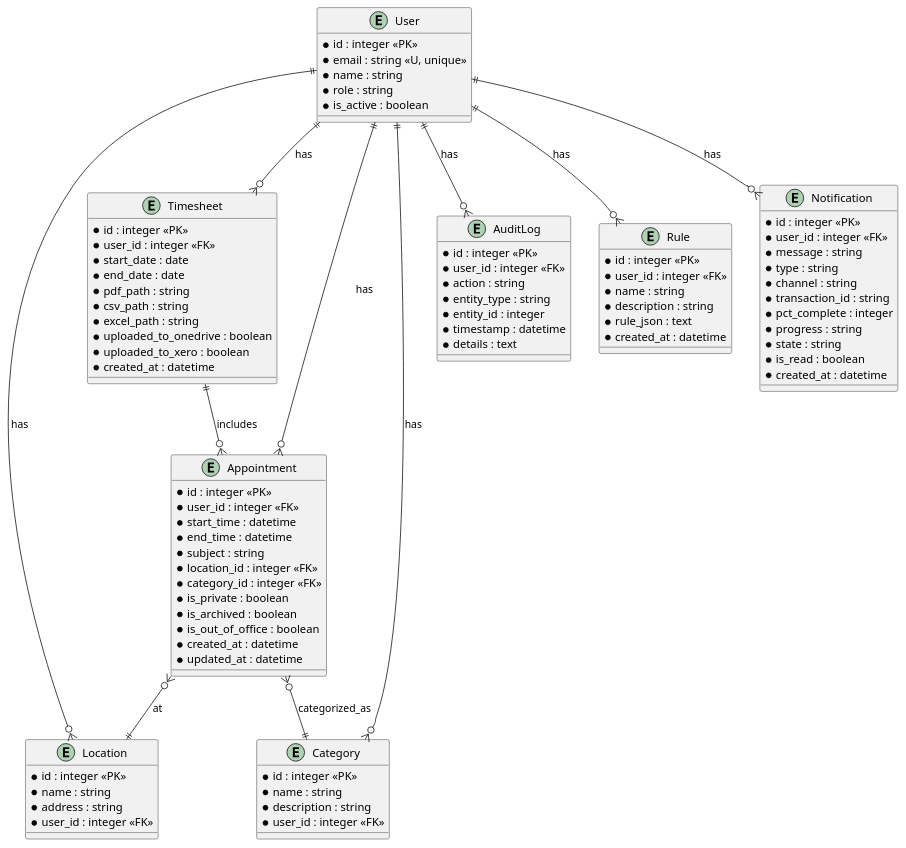
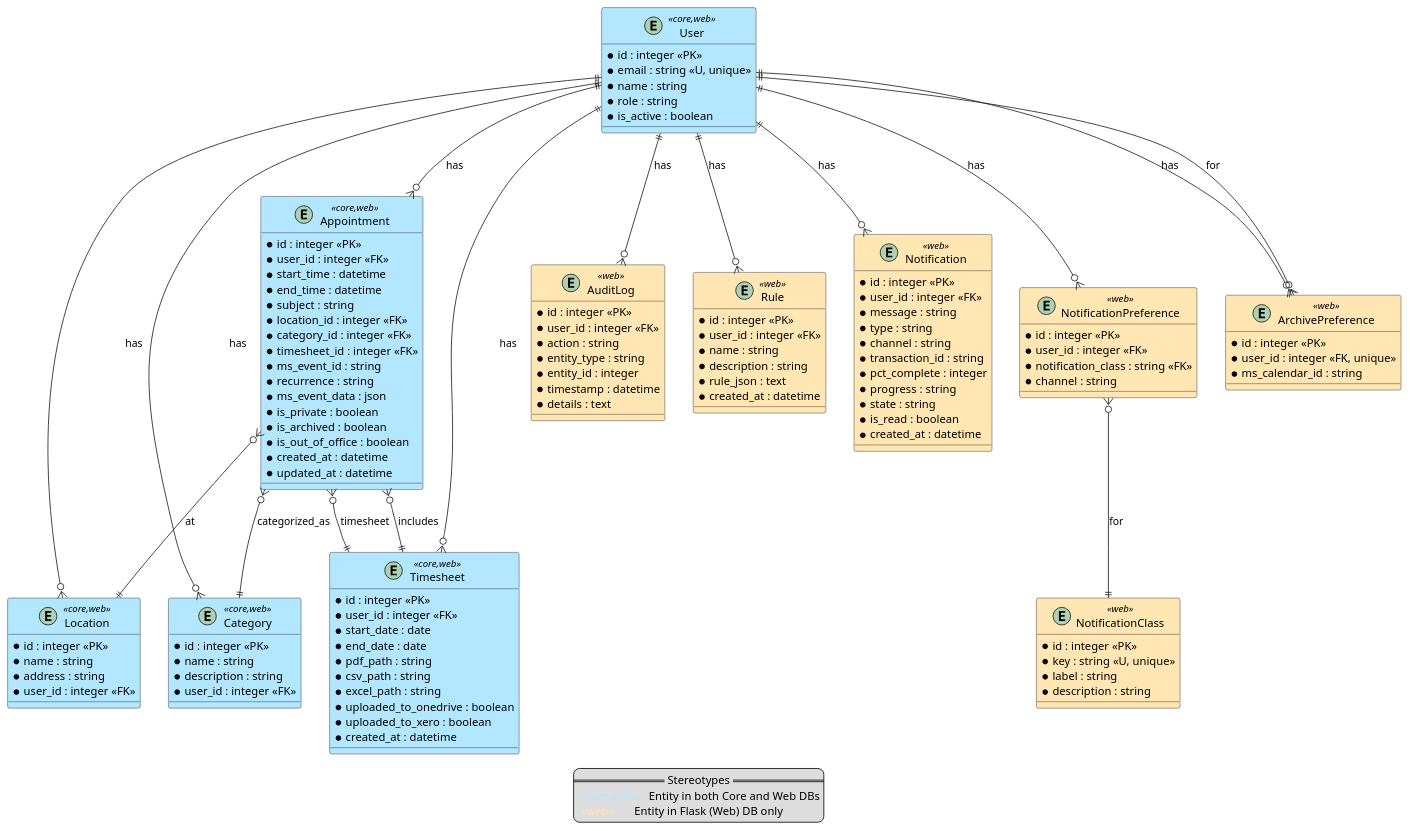
Before and after one commit to Auriora/admin-assistant: the diagram in docs/2-design/data-model.puml, drawn with PlantUML. The commit also changed 5 other files, not shown here.

```diff
--- a/docs/2-design/data-model.puml
+++ b/docs/2-design/data-model.puml
@@ -1,99 +1,137 @@
 @startuml DataModel
-entity User {
+' Stereotypes: <<core,web>> = both DBs, <<web>> = Flask DB only
+' Color: #B3E6FF for <<core,web>>, #FFE6B3 for <<web>>
+
+entity User <<core,web>> #B3E6FF {
     * id : integer <<PK>>
     * email : string <<U, unique>>
     * name : string
     * role : string
     * is_active : boolean
 }
 
-entity Appointment {
+entity Appointment <<core,web>> #B3E6FF {
     * id : integer <<PK>>
     * user_id : integer <<FK>>
     * start_time : datetime
     * end_time : datetime
     * subject : string
     * location_id : integer <<FK>>
     * category_id : integer <<FK>>
+    * timesheet_id : integer <<FK>>
+    * ms_event_id : string
+    * recurrence : string
+    * ms_event_data : json
     * is_private : boolean
     * is_archived : boolean
     * is_out_of_office : boolean
     * created_at : datetime
     * updated_at : datetime
 }
 
-entity Location {
+entity Location <<core,web>> #B3E6FF {
     * id : integer <<PK>>
     * name : string
     * address : string
     * user_id : integer <<FK>>
 }
 
-entity Category {
+entity Category <<core,web>> #B3E6FF {
     * id : integer <<PK>>
     * name : string
     * description : string
     * user_id : integer <<FK>>
 }
 
-entity Timesheet {
+entity Timesheet <<core,web>> #B3E6FF {
     * id : integer <<PK>>
     * user_id : integer <<FK>>
     * start_date : date
     * end_date : date
     * pdf_path : string
     * csv_path : string
     * excel_path : string
     * uploaded_to_onedrive : boolean
     * uploaded_to_xero : boolean
     * created_at : datetime
 }
 
-entity AuditLog {
+entity AuditLog <<web>> #FFE6B3 {
     * id : integer <<PK>>
     * user_id : integer <<FK>>
     * action : string
     * entity_type : string
     * entity_id : integer
     * timestamp : datetime
     * details : text
 }
 
-entity Rule {
+entity Rule <<web>> #FFE6B3 {
     * id : integer <<PK>>
     * user_id : integer <<FK>>
     * name : string
     * description : string
     * rule_json : text
     * created_at : datetime
 }
 
-entity Notification {
+entity Notification <<web>> #FFE6B3 {
     * id : integer <<PK>>
     * user_id : integer <<FK>>
     * message : string
     * type : string
     * channel : string
     * transaction_id : string
     * pct_complete : integer
     * progress : string
     * state : string
     * is_read : boolean
     * created_at : datetime
 }
 
-' Note: User preferences determine which channel is used for each notification class.
+entity NotificationClass <<web>> #FFE6B3 {
+    * id : integer <<PK>>
+    * key : string <<U, unique>>
+    * label : string
+    * description : string
+}
+
+entity NotificationPreference <<web>> #FFE6B3 {
+    * id : integer <<PK>>
+    * user_id : integer <<FK>>
+    * notification_class : string <<FK>>
+    * channel : string
+}
+
+entity ArchivePreference <<web>> #FFE6B3 {
+    * id : integer <<PK>>
+    * user_id : integer <<FK, unique>>
+    * ms_calendar_id : string
+}
 
 User ||--o{ Appointment : has
 User ||--o{ Location : has
 User ||--o{ Category : has
 User ||--o{ Timesheet : has
 User ||--o{ AuditLog : has
 User ||--o{ Rule : has
 User ||--o{ Notification : has
+User ||--o{ NotificationPreference : has
+User ||--o{ ArchivePreference : has
 
 Appointment }o--|| Location : at
 Appointment }o--|| Category : categorized_as
+Appointment }o--|| Timesheet : timesheet
 Timesheet ||--o{ Appointment : includes
 
+NotificationPreference }o--|| NotificationClass : for
+ArchivePreference }o--|| User : for
+
+' Legend
+legend
+  == Stereotypes ==
+  <color:#B3E6FF> <<core,web>> </color>  Entity in both Core and Web DBs
+  <color:#FFE6B3> <<web>> </color>      Entity in Flask (Web) DB only
+endlegend
+
 @enduml 
```
